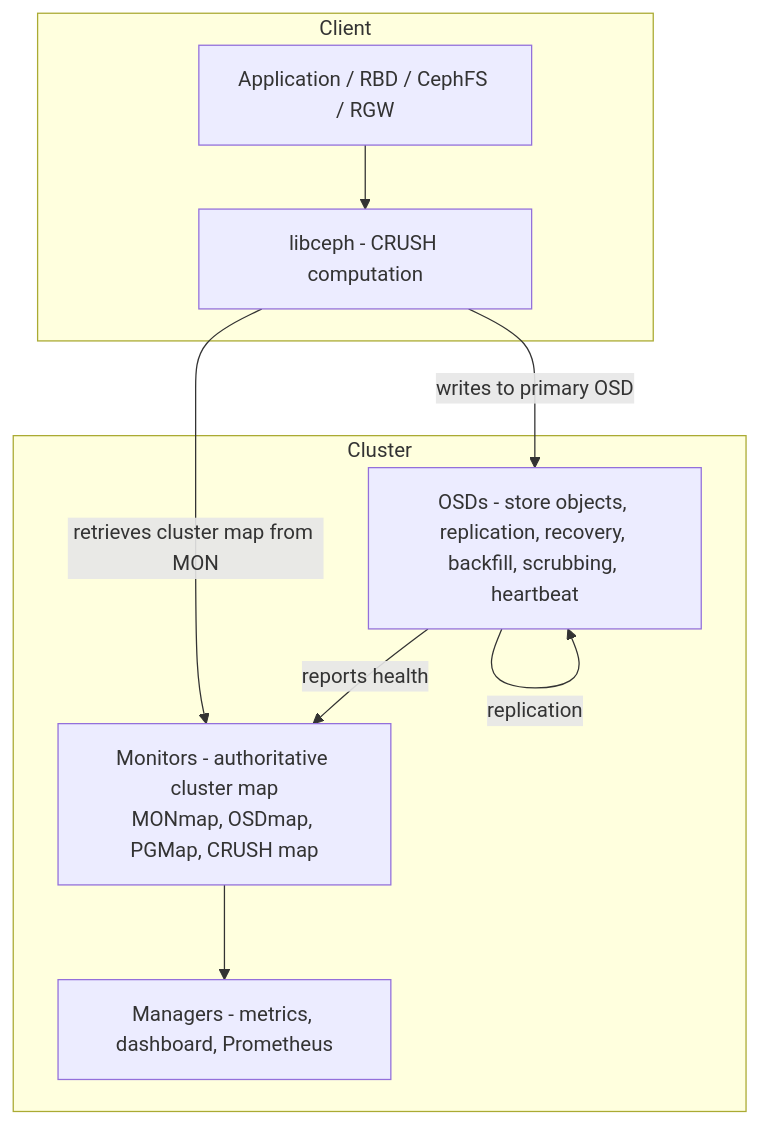
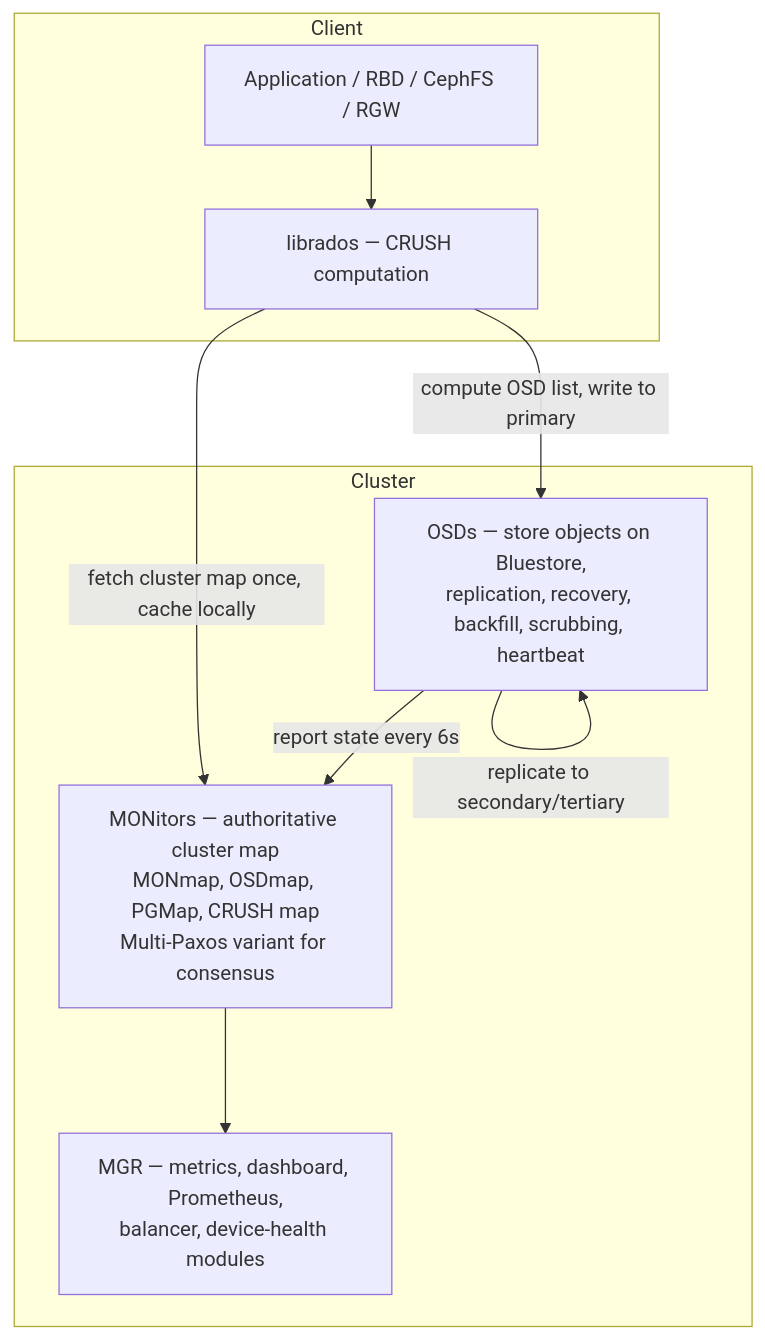
One commit to vanos001/placement_prep changed the first of 3 diagrams in src/storage/ceph-crush.md. Above: the diagram before and after it, drawn with Mermaid. The commit also changed other lines of this file, not shown here.

First line of the commit message:
docs(storage): expand Ceph CRUSH/RADOS deep dive

````diff
--- a/src/storage/ceph-crush.md
+++ b/src/storage/ceph-crush.md
@@ -11,17 +17,18 @@
 ```mermaid
 flowchart TB
     subgraph Client
         APP["Application / RBD / CephFS / RGW"]
-        CRUSH_LIB["libceph - CRUSH computation"]
+        CRUSH_LIB["librados — CRUSH computation"]
     end
     subgraph Cluster
-        MON["Monitors - authoritative cluster map<br/>MONmap, OSDmap, PGMap, CRUSH map"]
-        MGR["Managers - metrics, dashboard, Prometheus"]
-        OSD["OSDs - store objects, replication, recovery, backfill, scrubbing, heartbeat"]
+        MON["MONitors — authoritative cluster map<br/>MONmap, OSDmap, PGMap, CRUSH map<br/>Multi-Paxos variant for consensus"]
+        MGR["MGR — metrics, dashboard, Prometheus,<br/>balancer, device-health modules"]
+        OSD["OSDs — store objects on Bluestore,<br/>replication, recovery, backfill, scrubbing, heartbeat"]
     end
-    APP --> CRUSH_LIB -->|retrieves cluster map from MON| MON
-    CRUSH_LIB -->|writes to primary OSD| OSD
-    OSD -->|replication| OSD
-    OSD -->|reports health| MON
+    APP --> CRUSH_LIB
+    CRUSH_LIB -->|fetch cluster map once, cache locally| MON
+    CRUSH_LIB -->|compute OSD list, write to primary| OSD
+    OSD -->|replicate to secondary/tertiary| OSD
+    OSD -->|report state every 6s| MON
     MON --> MGR
 ```
````
